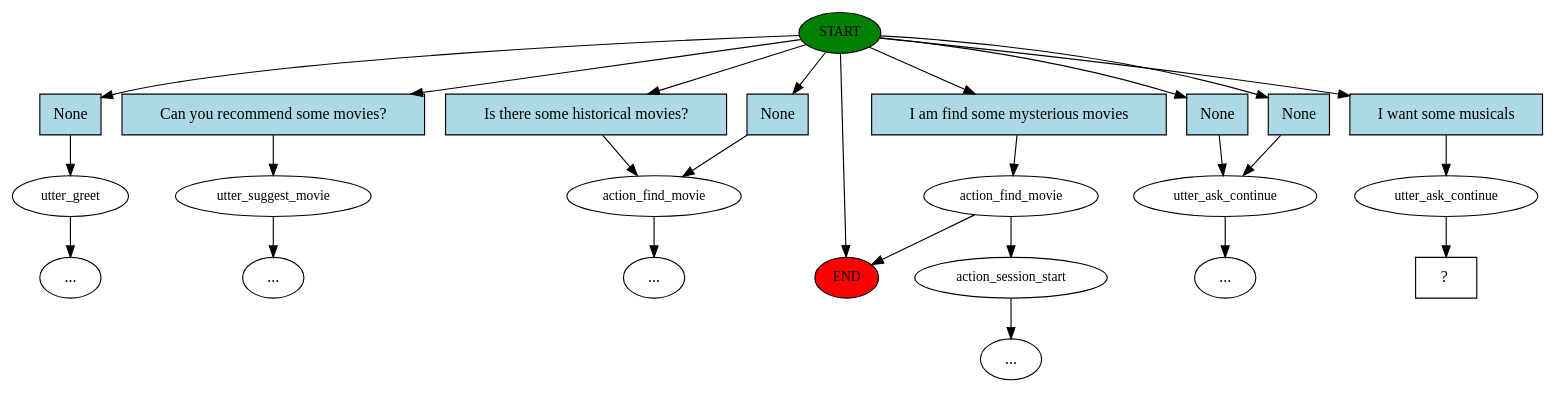
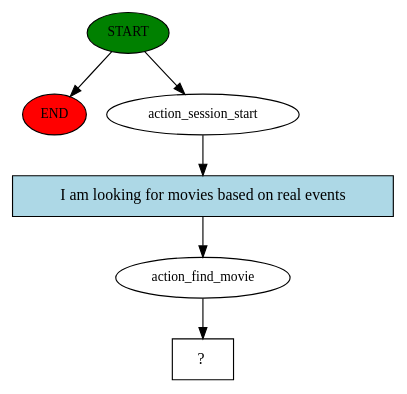
The diagram in chatbot/story_graph.dot (JJTam/COMP4461-Project2-Rasa-Chatbot), drawn with Graphviz before and after one commit. The commit also changed 19 other files, not shown here.

```diff
--- a/chatbot/story_graph.dot
+++ b/chatbot/story_graph.dot
@@ -1,50 +1,13 @@
 digraph  {
 0 [class="start active", fillcolor=green, fontsize=12, label=START, style=filled];
 "-1" [class=end, fillcolor=red, fontsize=12, label=END, style=filled];
-1 [class="", fontsize=12, label=utter_greet];
-4 [class="", fontsize=12, label=utter_suggest_movie];
-10 [class="", fontsize=12, label=action_find_movie];
-18 [class="", fontsize=12, label=utter_ask_continue];
-"-21" [class=ellipsis, label="..."];
-"-22" [class=ellipsis, label="..."];
-"-23" [class=ellipsis, label="..."];
-"-24" [class=ellipsis, label="..."];
-23 [class="", fontsize=12, label=action_find_movie];
-26 [class="", fontsize=12, label=action_session_start];
-"-25" [class=ellipsis, label="..."];
-28 [class=active, fontsize=12, label=utter_ask_continue];
-29 [class="intent dashed active", label="  ?  ", shape=rect];
-30 [class=intent, fillcolor=lightblue, label=None, shape=rect, style=filled];
-31 [class=intent, fillcolor=lightblue, label="Can you recommend some movies?", shape=rect, style=filled];
-32 [class=intent, fillcolor=lightblue, label=None, shape=rect, style=filled];
-33 [class=intent, fillcolor=lightblue, label="Is there some historical movies?", shape=rect, style=filled];
-34 [class=intent, fillcolor=lightblue, label=None, shape=rect, style=filled];
-35 [class=intent, fillcolor=lightblue, label=None, shape=rect, style=filled];
-36 [class=intent, fillcolor=lightblue, label="I am find some mysterious movies", shape=rect, style=filled];
-37 [class="intent active", fillcolor=lightblue, label="I want some musicals", shape=rect, style=filled];
+1 [class=active, fontsize=12, label=action_session_start];
+2 [class=active, fontsize=12, label=action_find_movie];
+3 [class="intent dashed active", label="  ?  ", shape=rect];
+4 [class="intent active", fillcolor=lightblue, label="I am looking for movies based on real events", shape=rect, style=filled];
 0 -> "-1"  [class="", key=NONE, label=""];
-0 -> 30  [class="", key=0];
-0 -> 31  [class="", key=0];
-0 -> 32  [class="", key=0];
-0 -> 33  [class="", key=0];
-0 -> 34  [class="", key=0];
-0 -> 35  [class="", key=0];
-0 -> 36  [class="", key=0];
-0 -> 37  [class=active, key=0];
-1 -> "-22"  [class="", key=NONE, label=""];
-4 -> "-24"  [class="", key=NONE, label=""];
-10 -> "-23"  [class="", key=NONE, label=""];
-18 -> "-21"  [class="", key=NONE, label=""];
-23 -> "-1"  [class="", key=NONE, label=""];
-23 -> 26  [class="", key=NONE, label=""];
-26 -> "-25"  [class="", key=NONE, label=""];
-28 -> 29  [class=active, key=NONE, label=""];
-30 -> 1  [class="", key=0];
-31 -> 4  [class="", key=0];
-32 -> 10  [class="", key=0];
-33 -> 10  [class="", key=0];
-34 -> 18  [class="", key=0];
-35 -> 18  [class="", key=0];
-36 -> 23  [class="", key=0];
-37 -> 28  [class=active, key=0];
+0 -> 1  [class=active, key=NONE, label=""];
+1 -> 4  [class=active, key=0];
+2 -> 3  [class=active, key=NONE, label=""];
+4 -> 2  [class=active, key=0];
 }
```
